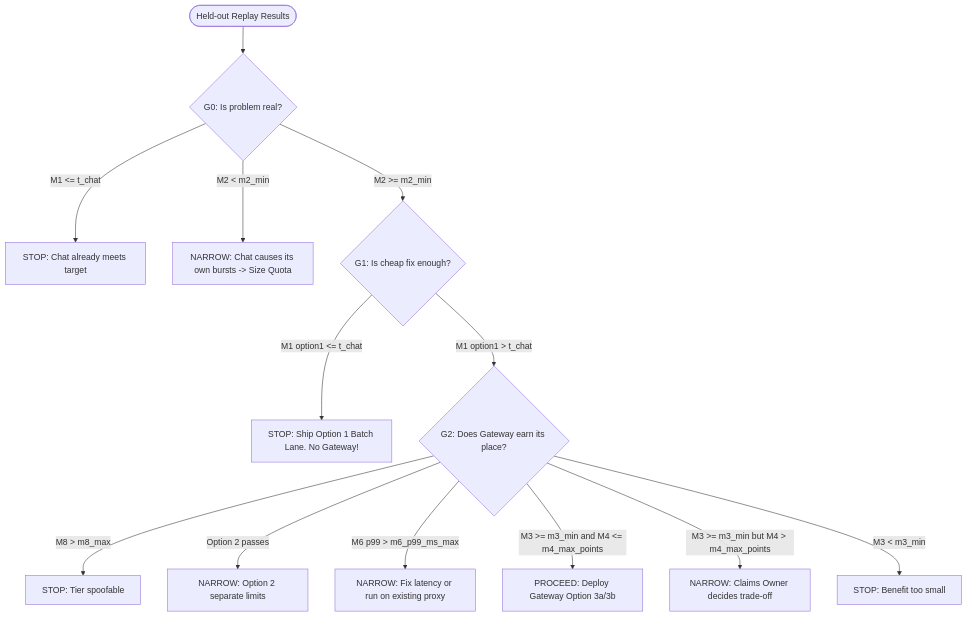
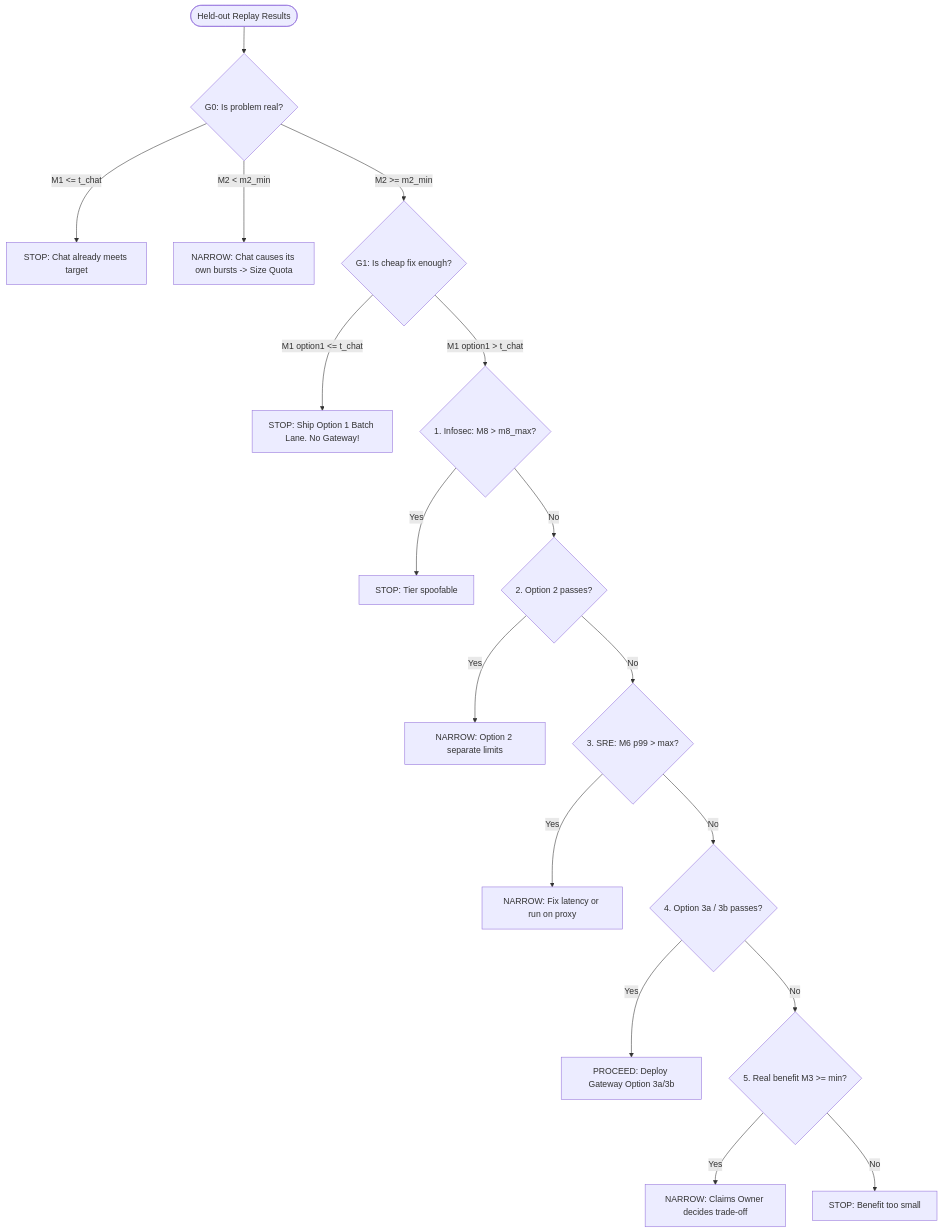
One commit to donbr/fde-engagement-pattern changed the diagram in use_case/evals/PREREGISTRATION.md. Above: the diagram before and after it, drawn with Mermaid. The commit also changed other lines of this file and 12 other files, not shown here.

Commit message:
fix: resolve review findings on docs, diagrams, shedder clock, and provenance

````diff
--- a/use_case/evals/PREREGISTRATION.md
+++ b/use_case/evals/PREREGISTRATION.md
@@ -45,17 +45,25 @@
 ```mermaid
 flowchart TD
     Start([Held-out Replay Results]) --> G0{G0: Is problem real?}
     G0 -->|M1 <= t_chat| S0[STOP: Chat already meets target]
     G0 -->|M2 < m2_min| N0[NARROW: Chat causes its own bursts -> Size Quota]
     G0 -->|M2 >= m2_min| G1{G1: Is cheap fix enough?}
 
     G1 -->|M1 option1 <= t_chat| S1[STOP: Ship Option 1 Batch Lane. No Gateway!]
-    G1 -->|M1 option1 > t_chat| G2{G2: Does Gateway earn its place?}
+    G1 -->|M1 option1 > t_chat| G2_1{1. Infosec: M8 > m8_max?}
 
-    G2 -->|M8 > m8_max| S2a[STOP: Tier spoofable]
-    G2 -->|Option 2 passes| N2a[NARROW: Option 2 separate limits]
-    G2 -->|M6 p99 > m6_p99_ms_max| N2b[NARROW: Fix latency or run on existing proxy]
-    G2 -->|M3 >= m3_min and M4 <= m4_max_points| P2[PROCEED: Deploy Gateway Option 3a/3b]
-    G2 -->|M3 >= m3_min but M4 > m4_max_points| N2c[NARROW: Claims Owner decides trade-off]
-    G2 -->|M3 < m3_min| S2b[STOP: Benefit too small]
+    G2_1 -->|Yes| S2a[STOP: Tier spoofable]
+    G2_1 -->|No| G2_2{2. Option 2 passes?}
+
+    G2_2 -->|Yes| N2a[NARROW: Option 2 separate limits]
+    G2_2 -->|No| G2_3{3. SRE: M6 p99 > max?}
+
+    G2_3 -->|Yes| N2b[NARROW: Fix latency or run on proxy]
+    G2_3 -->|No| G2_4{4. Option 3a / 3b passes?}
+
+    G2_4 -->|Yes| P2[PROCEED: Deploy Gateway Option 3a/3b]
+    G2_4 -->|No| G2_5{5. Real benefit M3 >= min?}
+
+    G2_5 -->|Yes| N2c[NARROW: Claims Owner decides trade-off]
+    G2_5 -->|No| S2b[STOP: Benefit too small]
 ```
````
